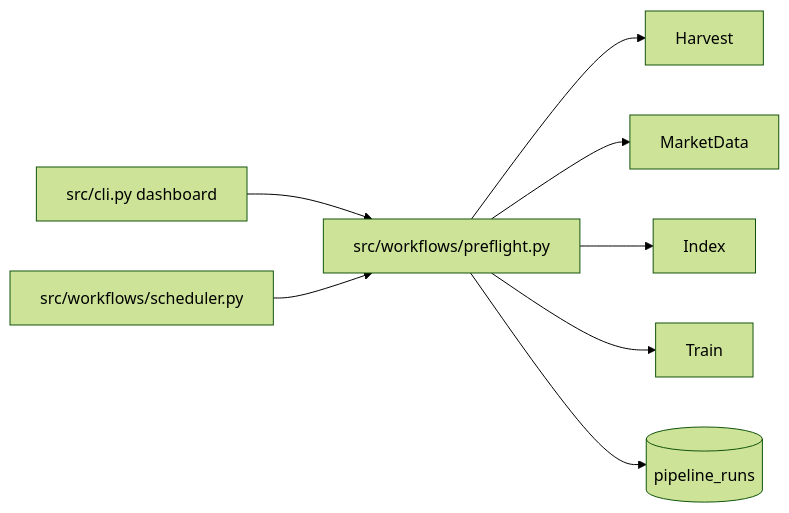
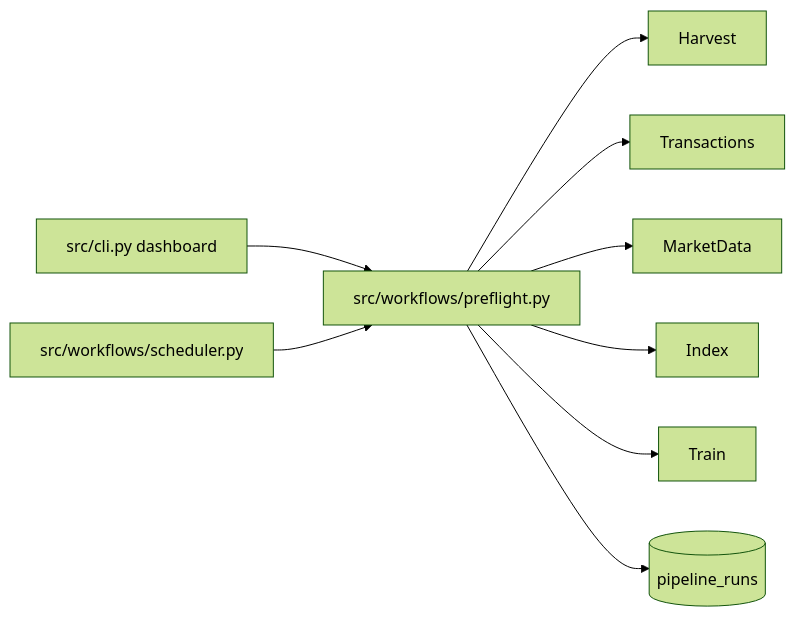
The first of 4 diagrams in docs/02_data_pipeline.md (Nirtzur0/PropertyScanner), drawn with Mermaid (forest theme) before and after one commit. The commit also changed other lines of this file and 55 other files, not shown here.

Commit message:
feat: add VLM input visualization and update roadmap

````diff
--- a/docs/02_data_pipeline.md
+++ b/docs/02_data_pipeline.md
@@ -9,10 +9,11 @@
 ```mermaid
 flowchart LR
     UI["src/cli.py dashboard"] --> Preflight["src/workflows/preflight.py"]
     Scheduler["src/workflows/scheduler.py"] --> Preflight
     Preflight --> Harvest
+    Preflight --> Transactions
     Preflight --> MarketData
     Preflight --> Index
     Preflight --> Train
     Preflight --> Runs[("pipeline_runs")]
 ```
````
